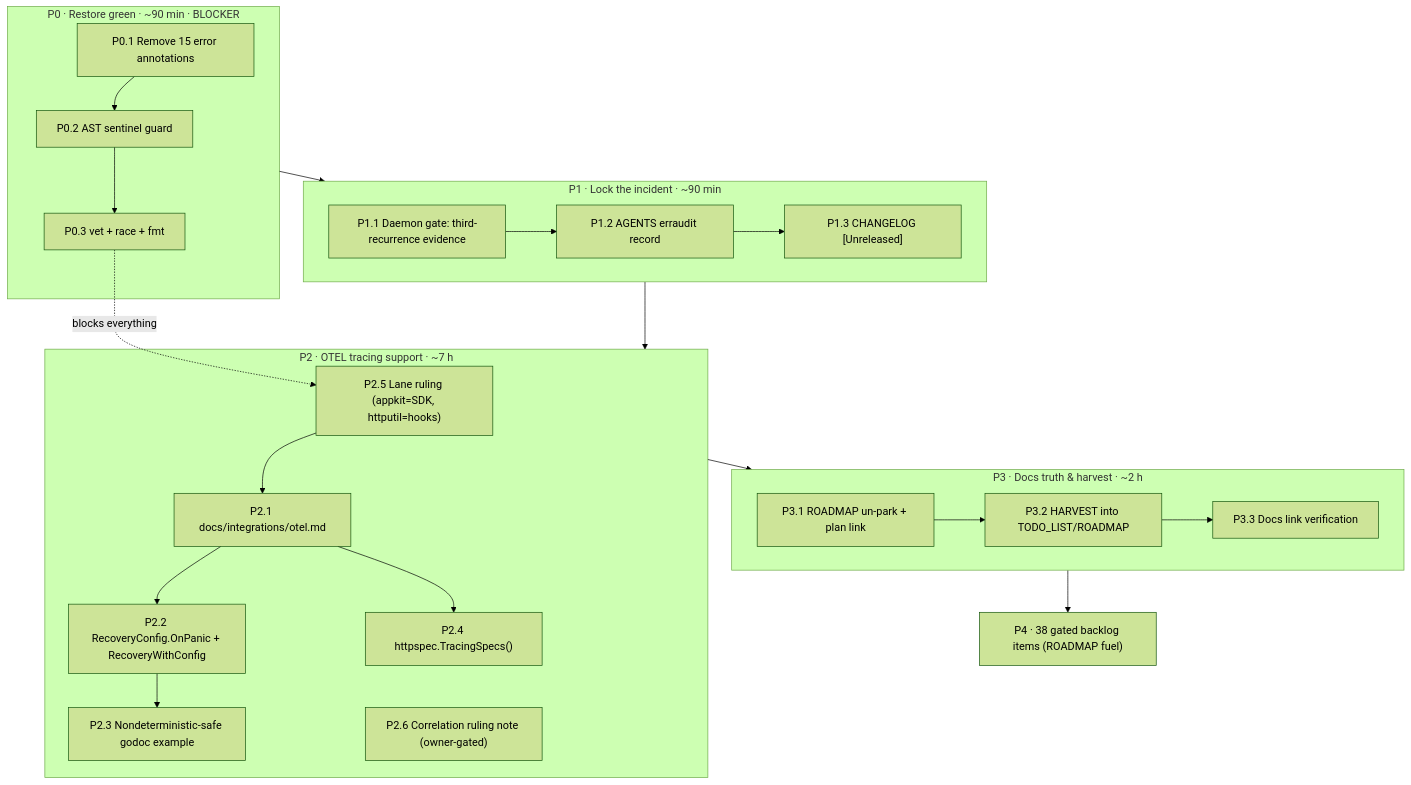
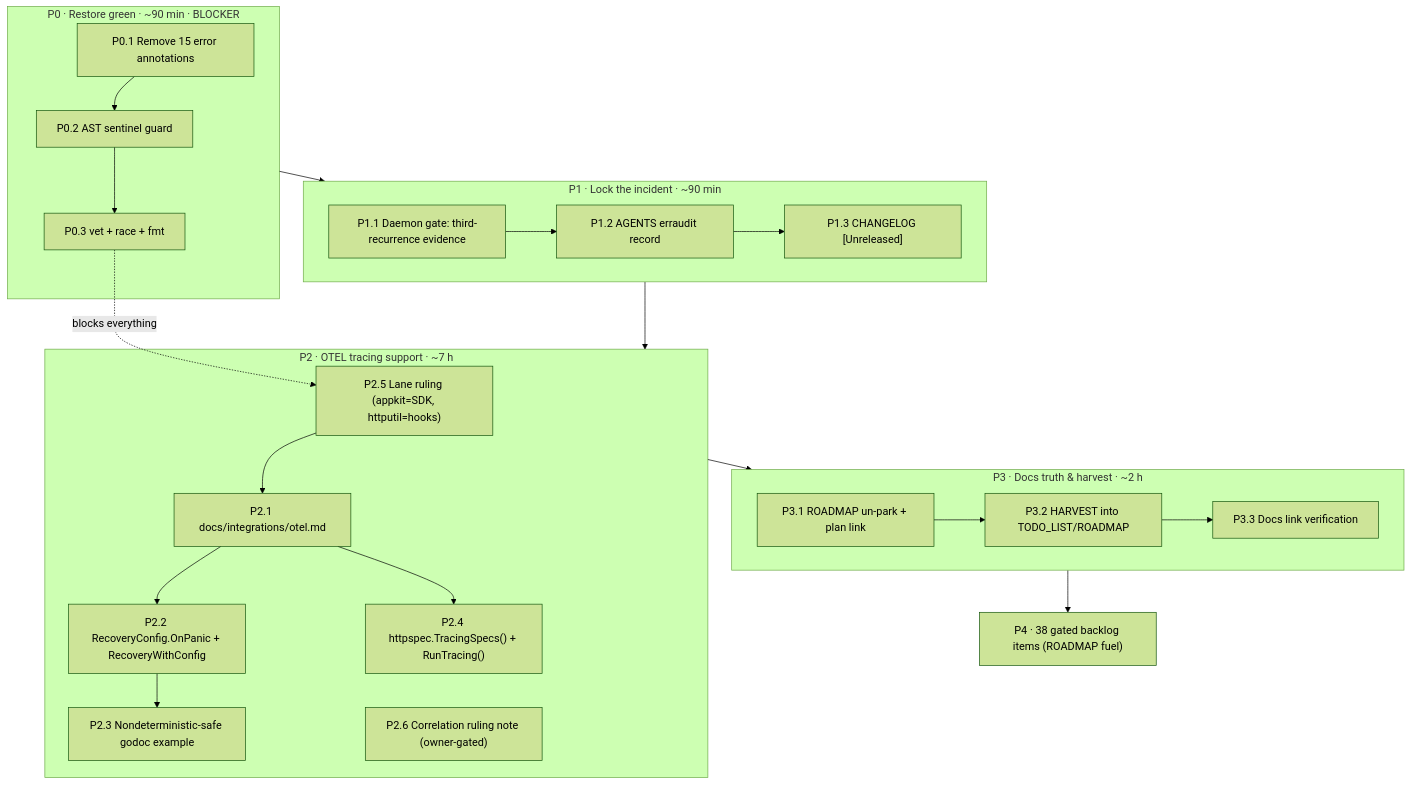
The first of 2 diagrams in docs/planning/2026-10-23_16-12_green-master-and-otel-tracing-1-4-20-plan.md (LarsArtmann/httputil), drawn with Mermaid (forest theme) before and after one commit. The commit also changed other lines of this file and 5 other files, not shown here.

````diff
--- a/docs/planning/2026-10-23_16-12_green-master-and-otel-tracing-1-4-20-plan.md
+++ b/docs/planning/2026-10-23_16-12_green-master-and-otel-tracing-1-4-20-plan.md
@@ -51,30 +51,30 @@
 ```mermaid
 flowchart TB
     subgraph P0["P0 · Restore green · ~90 min · BLOCKER"]
         A1["P0.1 Remove 15 error annotations"] --> A2["P0.2 AST sentinel guard"]
         A2 --> A3["P0.3 vet + race + fmt"]
     end
 
     subgraph P1["P1 · Lock the incident · ~90 min"]
         B1["P1.1 Daemon gate: third-recurrence evidence"] --> B2["P1.2 AGENTS erraudit record"]
         B2 --> B3["P1.3 CHANGELOG [Unreleased]"]
     end
 
     subgraph P2["P2 · OTEL tracing support · ~7 h"]
         C0["P2.5 Lane ruling (appkit=SDK, httputil=hooks)"] --> C1["P2.1 docs/integrations/otel.md"]
         C1 --> C2["P2.2 RecoveryConfig.OnPanic + RecoveryWithConfig"]
         C2 --> C3["P2.3 Nondeterministic-safe godoc example"]
-        C1 --> C4["P2.4 httpspec.TracingSpecs()"]
+        C1 --> C4["P2.4 httpspec.TracingSpecs() + RunTracing()"]
         C5["P2.6 Correlation ruling note (owner-gated)"]
     end
 
     subgraph P3["P3 · Docs truth & harvest · ~2 h"]
         D1["P3.1 ROADMAP un-park + plan link"] --> D2["P3.2 HARVEST into TODO_LIST/ROADMAP"]
         D2 --> D3["P3.3 Docs link verification"]
     end
 
     P4["P4 · 38 gated backlog items (ROADMAP fuel)"]
 
     P0 --> P1 --> P2 --> P3 --> P4
     A3 -. "blocks everything" .-> C0
 ```
````
